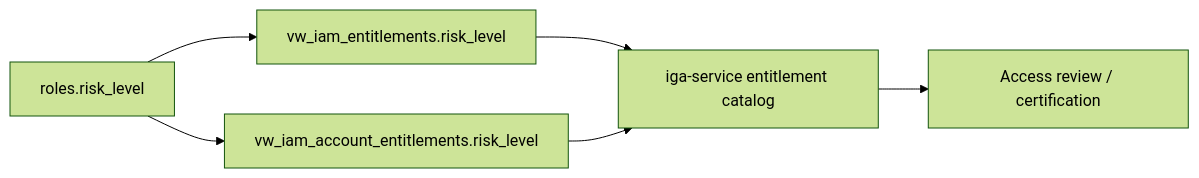
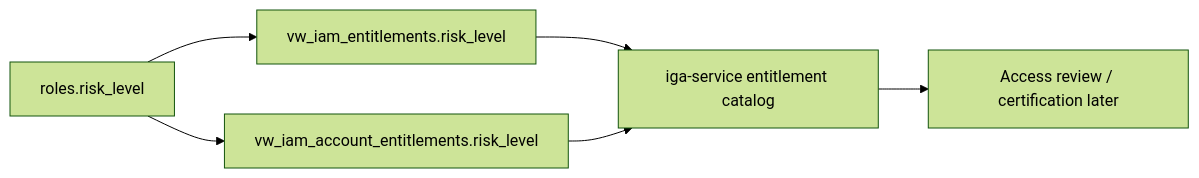
Before and after one commit to i-m-rish/luffy: the seventh of 8 diagrams in apps/jdbc-target/docs/diagrams.md, drawn with Mermaid (forest theme). The commit also changed other lines of this file, not shown here.

Commit message:
Update JDBC diagrams with IGA normalized data flow

````diff
--- a/apps/jdbc-target/docs/diagrams.md
+++ b/apps/jdbc-target/docs/diagrams.md
@@ -163,14 +162,14 @@
 ```mermaid
 flowchart LR
     ROLE[roles.risk_level]
     VIEW[vw_iam_entitlements.risk_level]
     ASSIGN[vw_iam_account_entitlements.risk_level]
     IGA[iga-service entitlement catalog]
-    REVIEW[Access review / certification]
+    REVIEW[Access review / certification later]
 
     ROLE --> VIEW
     ROLE --> ASSIGN
     VIEW --> IGA
     ASSIGN --> IGA
     IGA --> REVIEW
 ```
````
